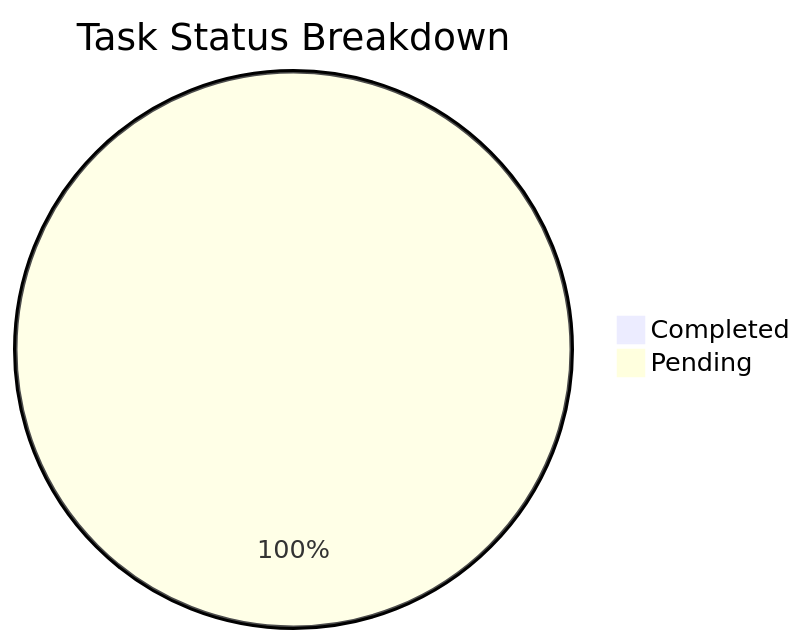
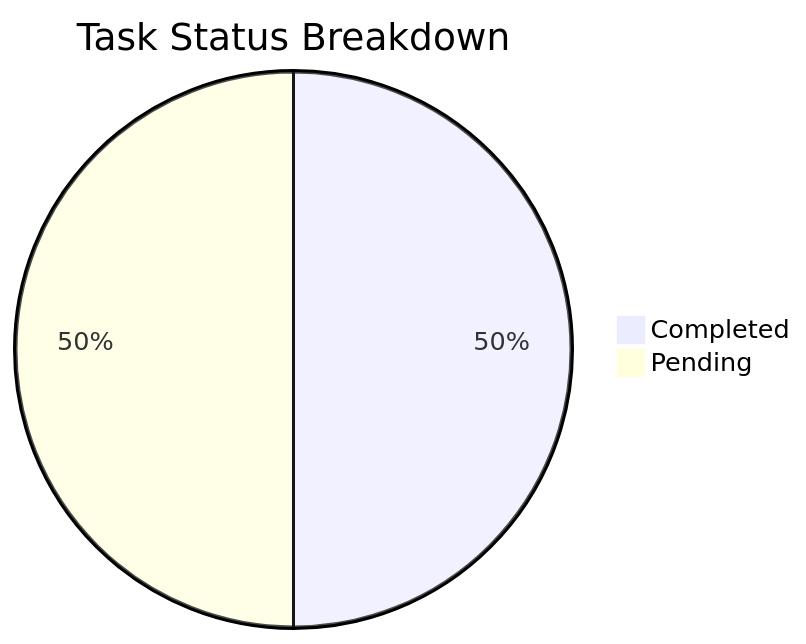
Before and after one commit to sagarms97/MyWorkDairy: the first of 2 diagrams in Koha/Analytics.md, drawn with Mermaid. The commit also changed other lines of this file and 6 other files, not shown here.

````diff
--- a/Koha/Analytics.md
+++ b/Koha/Analytics.md
@@ -12,5 +12,5 @@
 ```mermaid
 pie title Task Status Breakdown
-    "Completed" : 0.001
+    "Completed" : 1
     "Pending" : 1
 ```
````
